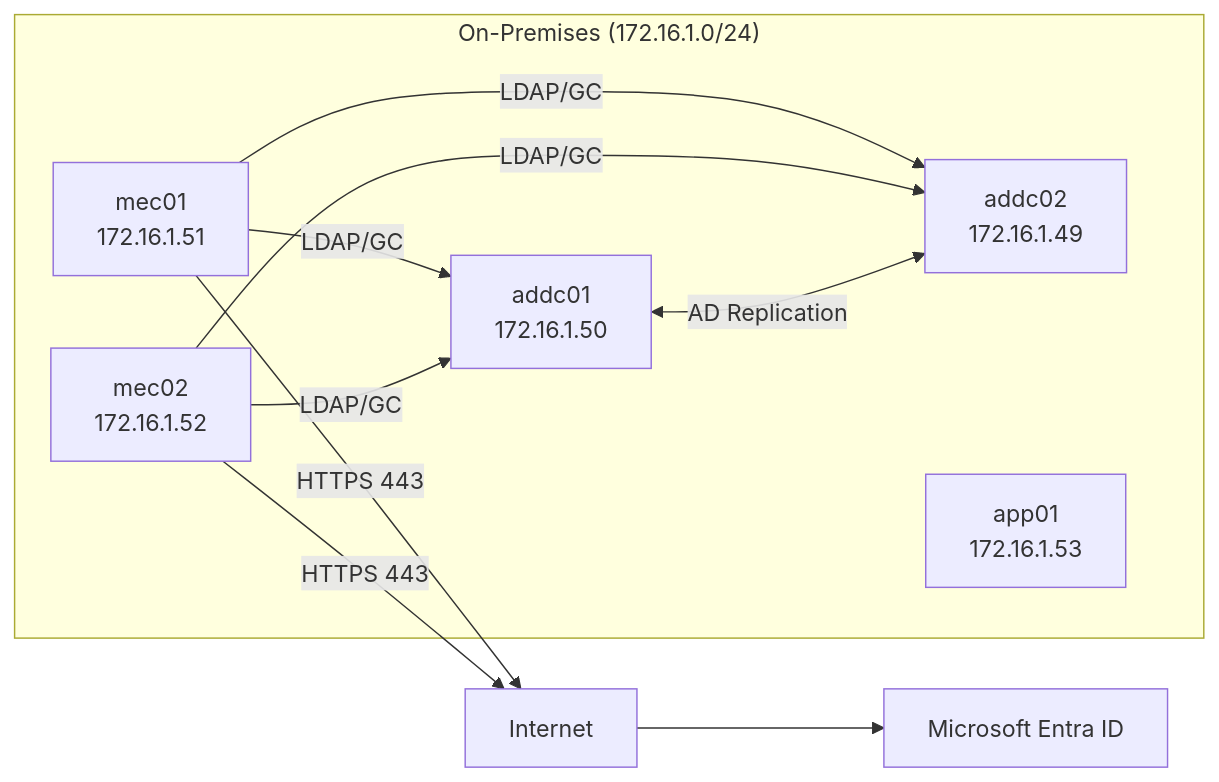
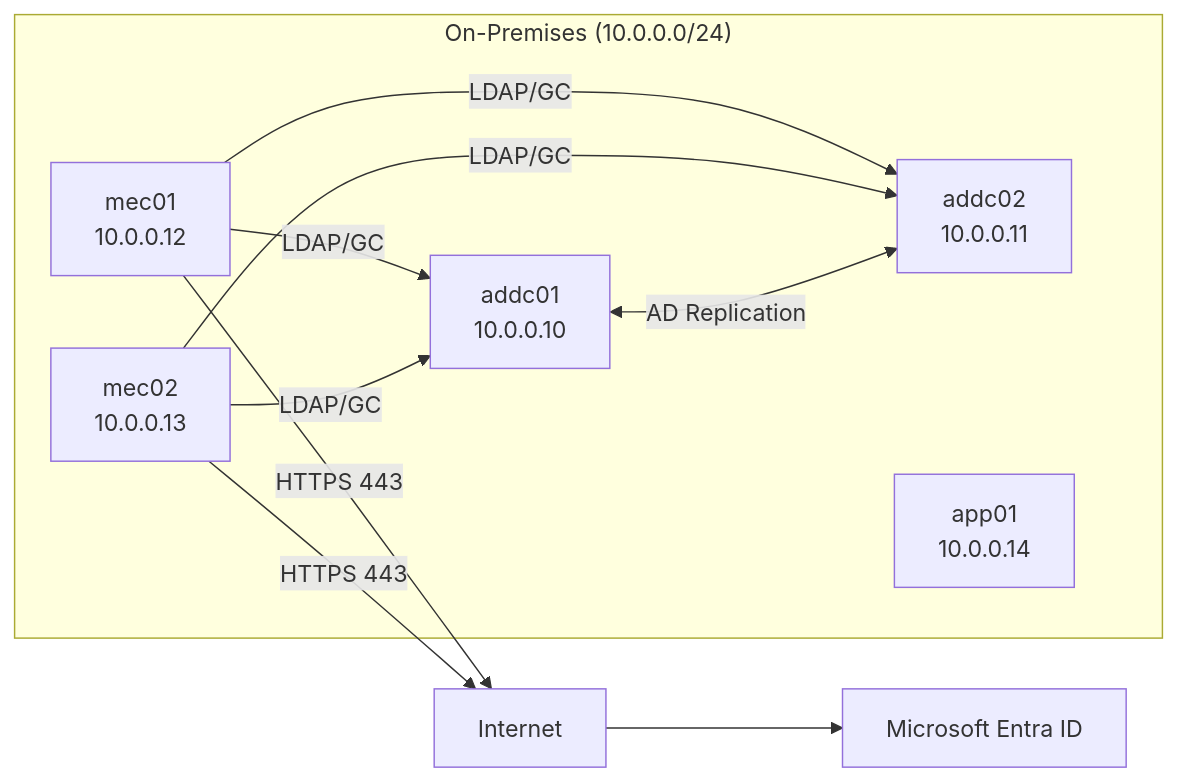
The diagram in LAB1-Hybrid-Identity-Entra-Connect/01_設計書/04_ネットワーク設計書.md (Naohiro-Yoshiyama/azure-identity-portfolio), drawn with Mermaid before and after one commit. The commit also changed other lines of this file, not shown here.

````diff
--- a/LAB1-Hybrid-Identity-Entra-Connect/01_設計書/04_ネットワーク設計書.md
+++ b/LAB1-Hybrid-Identity-Entra-Connect/01_設計書/04_ネットワーク設計書.md
@@ -107,24 +107,24 @@
 ```mermaid
 flowchart LR
-    subgraph OnPrem["On-Premises (172.16.1.0/24)"]
-        addc01["addc01<br/>172.16.1.50"]
-        addc02["addc02<br/>172.16.1.49"]
-        mec01["mec01<br/>172.16.1.51"]
-        mec02["mec02<br/>172.16.1.52"]
-        app01["app01<br/>172.16.1.53"]
+    subgraph OnPrem["On-Premises (10.0.0.0/24)"]
+        addc01["addc01<br/>10.0.0.10"]
+        addc02["addc02<br/>10.0.0.11"]
+        mec01["mec01<br/>10.0.0.12"]
+        mec02["mec02<br/>10.0.0.13"]
+        app01["app01<br/>10.0.0.14"]
     end
 
     Internet["Internet"]
     EntraID["Microsoft Entra ID"]
 
     mec01 -->|HTTPS 443| Internet
     mec02 -->|HTTPS 443| Internet
     Internet --> EntraID
 
     mec01 -->|LDAP/GC| addc01
     mec01 -->|LDAP/GC| addc02
     mec02 -->|LDAP/GC| addc01
     mec02 -->|LDAP/GC| addc02
 
     addc01 <-->|AD Replication| addc02
 ```
````
